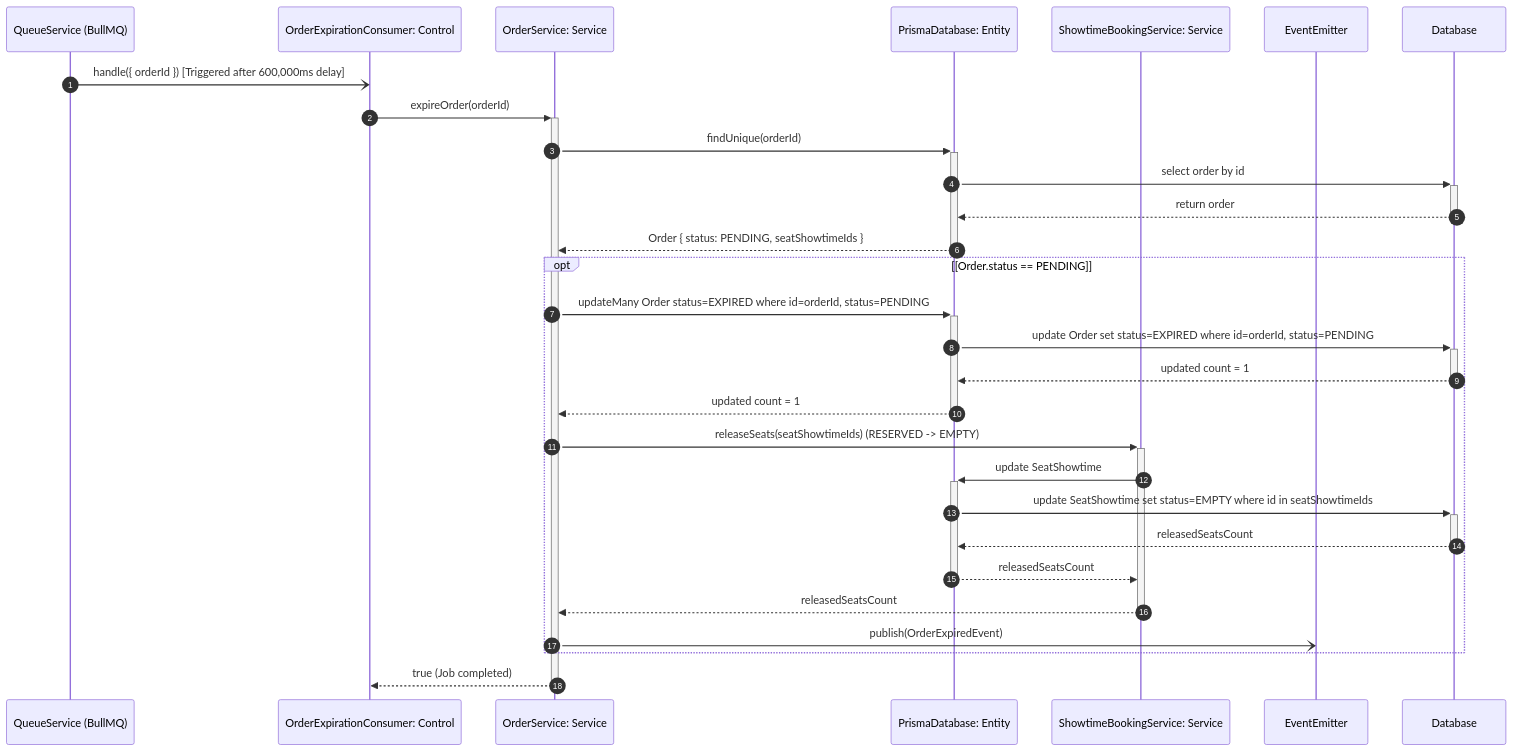
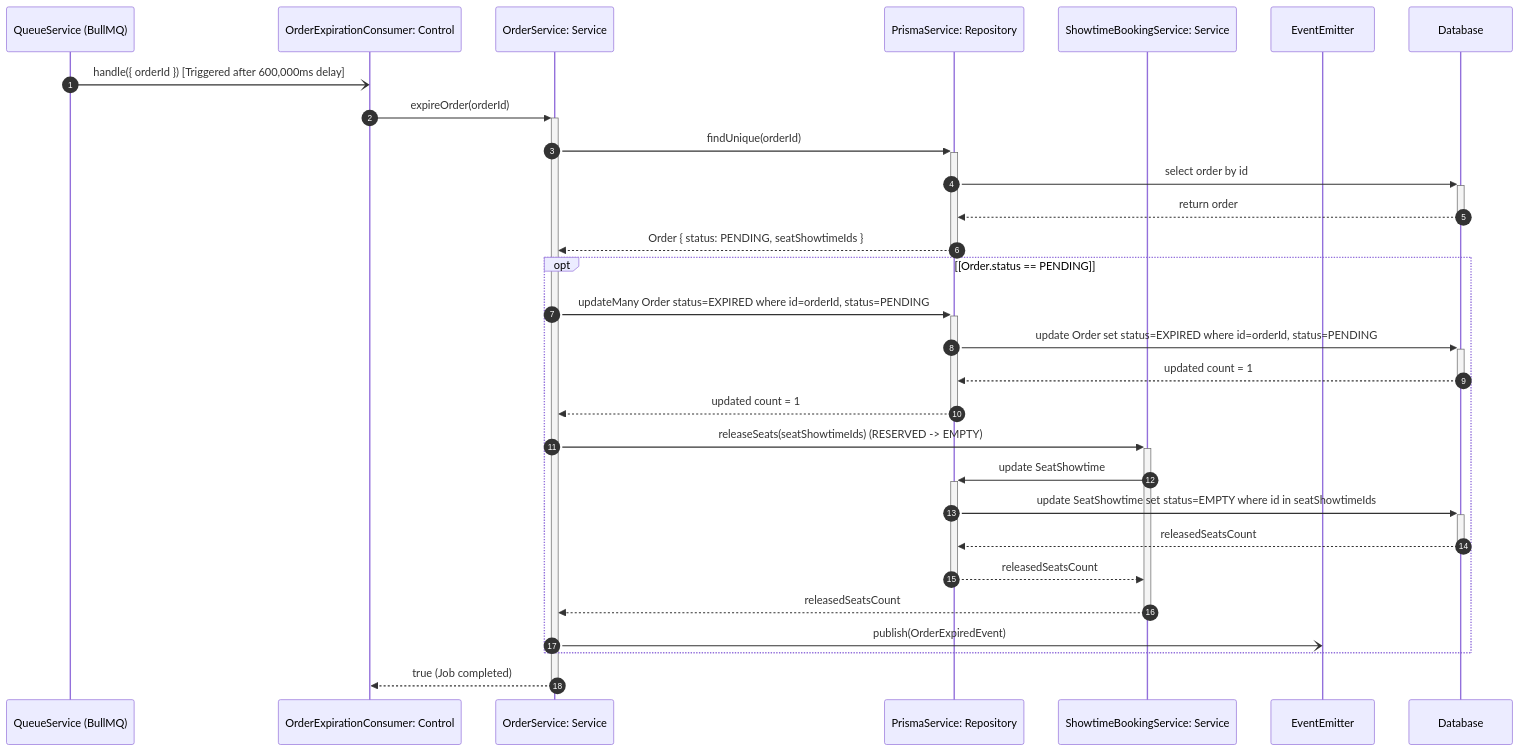
One commit to Oxyligen236/CinemaManagement-WDP301 changed the diagram in docs/ticket-booking/online/stage5-hold-expiration.mmd. Above: the diagram before and after it, drawn with Mermaid. The commit also changed 1 other file, not shown here.

Commit message:
fix(docs): correct participant names in sequence diagrams for clarity

```diff
--- a/docs/ticket-booking/online/stage5-hold-expiration.mmd
+++ b/docs/ticket-booking/online/stage5-hold-expiration.mmd
@@ -1,33 +1,33 @@
 sequenceDiagram
     autonumber
     participant Queue as QueueService (BullMQ)
     participant ExpireConsumer as OrderExpirationConsumer: Control
     participant OrderSvc as OrderService: Service
-    participant Prisma as PrismaDatabase: Entity
+    participant Prisma as PrismaService: Repository
     participant ShowtimeSvc as ShowtimeBookingService: Service
     participant EventBus as EventEmitter 
     participant Database
 
     Queue -) ExpireConsumer: handle({ orderId }) [Triggered after 600,000ms delay]
     ExpireConsumer ->>+ OrderSvc: expireOrder(orderId)
     OrderSvc ->>+ Prisma: findUnique(orderId)
     Prisma ->>+ Database: select order by id
     Database -->>- Prisma: return order
     Prisma -->>- OrderSvc: Order { status: PENDING, seatShowtimeIds }
 
     opt [Order.status == PENDING]
 
             OrderSvc ->>+ Prisma: updateMany Order status=EXPIRED where id=orderId, status=PENDING
             Prisma ->>+ Database: update Order set status=EXPIRED where id=orderId, status=PENDING
             Database -->>- Prisma: updated count = 1
             Prisma -->>- OrderSvc: updated count = 1
             OrderSvc ->>+ ShowtimeSvc: releaseSeats(seatShowtimeIds) (RESERVED -> EMPTY)
             ShowtimeSvc ->>+ Prisma: update SeatShowtime 
             Prisma ->>+ Database: update SeatShowtime set status=EMPTY where id in seatShowtimeIds
             Database -->>- Prisma: releasedSeatsCount
             Prisma -->>- ShowtimeSvc: releasedSeatsCount
             ShowtimeSvc -->>- OrderSvc: releasedSeatsCount
         
         OrderSvc -) EventBus: publish(OrderExpiredEvent)
     end
     OrderSvc -->>- ExpireConsumer: true (Job completed)
```
